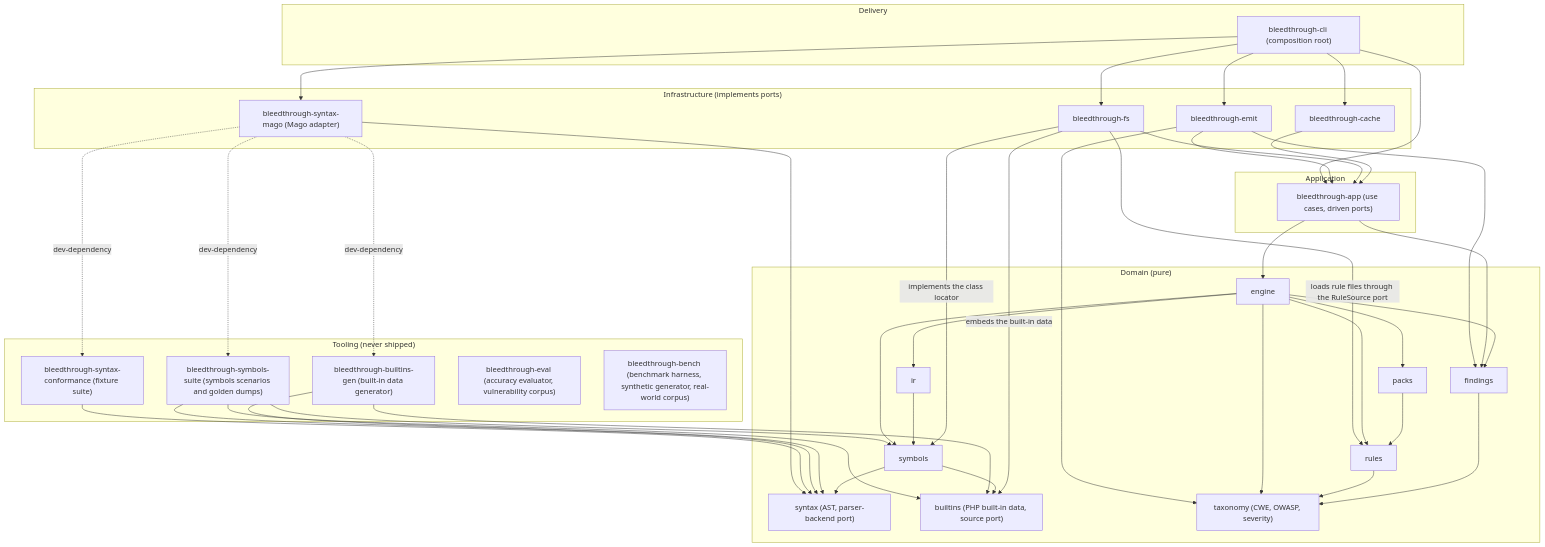
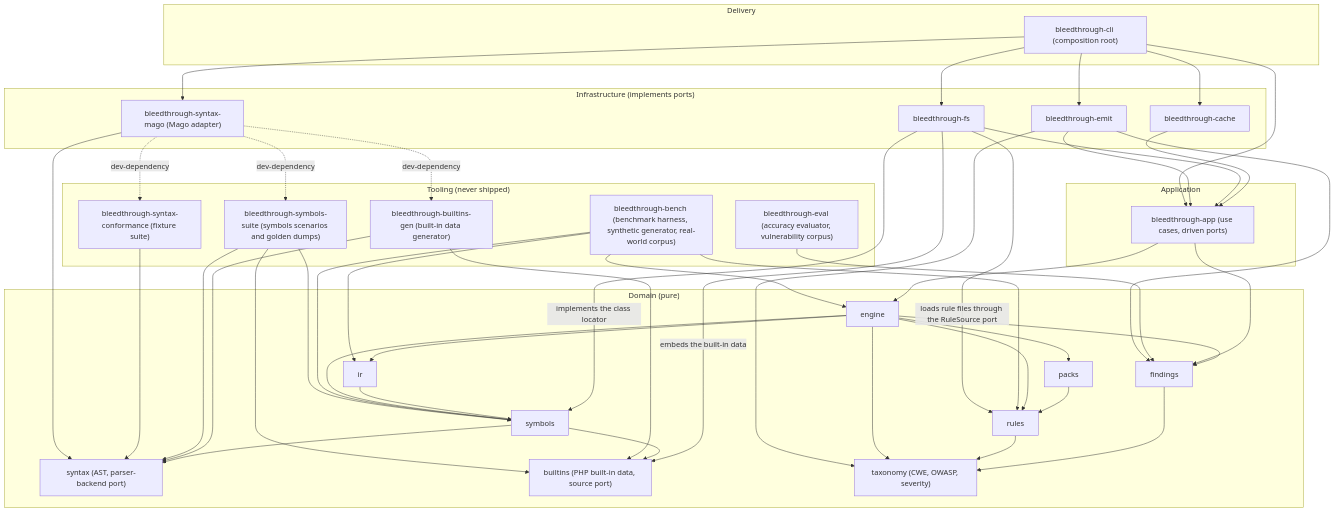
The diagram in docs/architecture.md (MisterIcy/bleedthrough), drawn with Mermaid before and after one commit. The commit also changed other lines of this file and 23 other files, not shown here.

````diff
--- a/docs/architecture.md
+++ b/docs/architecture.md
@@ -8,70 +8,75 @@
 ```mermaid
 flowchart TB
   subgraph DELIVERY["Delivery"]
     cli["bleedthrough-cli (composition root)"]
   end
   subgraph INFRA["Infrastructure (implements ports)"]
     emit["bleedthrough-emit"]
     fs["bleedthrough-fs"]
     cache["bleedthrough-cache"]
     mago["bleedthrough-syntax-mago (Mago adapter)"]
   end
   subgraph TOOLING["Tooling (never shipped)"]
     conformance["bleedthrough-syntax-conformance (fixture suite)"]
     gen["bleedthrough-builtins-gen (built-in data generator)"]
     suite["bleedthrough-symbols-suite (symbols scenarios and golden dumps)"]
     eval["bleedthrough-eval (accuracy evaluator, vulnerability corpus)"]
     bench["bleedthrough-bench (benchmark harness, synthetic generator, real-world corpus)"]
   end
   subgraph APP["Application"]
     app["bleedthrough-app (use cases, driven ports)"]
   end
   subgraph DOMAIN["Domain (pure)"]
     engine["engine"]
     ir["ir"]
     symbols["symbols"]
     syntax["syntax (AST, parser-backend port)"]
     builtins["builtins (PHP built-in data, source port)"]
     rules["rules"]
     packs["packs"]
     findings["findings"]
     taxonomy["taxonomy (CWE, OWASP, severity)"]
   end
   cli --> app
   cli --> emit
   cli --> fs
   cli --> cache
   cli --> mago
   emit --> app
   fs --> app
   fs -->|loads rule files through the RuleSource port| rules
   emit --> findings
   emit --> taxonomy
   cache --> app
   mago --> syntax
   mago -. dev-dependency .-> conformance
   conformance --> syntax
   mago -. dev-dependency .-> gen
   mago -. dev-dependency .-> suite
   suite --> syntax
   suite --> symbols
   suite --> builtins
+  eval --> findings
+  bench --> engine
+  bench --> ir
+  bench --> symbols
+  bench --> rules
   gen --> syntax
   gen --> builtins
   app --> engine
   app --> findings
   engine --> ir
   engine --> symbols
   engine --> rules
   engine --> packs
   engine --> findings
   engine --> taxonomy
   rules --> taxonomy
   findings --> taxonomy
   ir --> symbols
   symbols --> syntax
   symbols --> builtins
   fs -->|implements the class locator| symbols
   fs -->|embeds the built-in data| builtins
   packs --> rules
 ```
````
